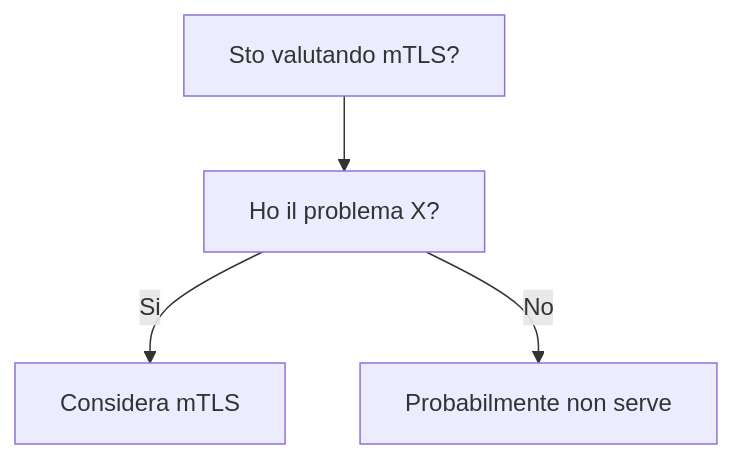
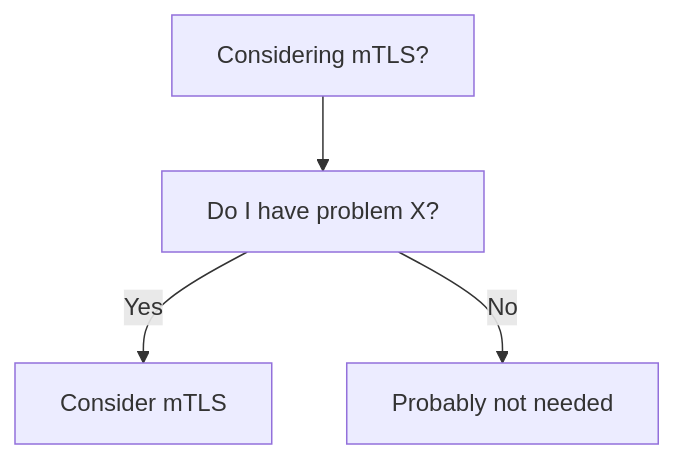
Before and after one commit to HxT9/Software-Dev-Wiki: the diagram in dev-wiki/07_Networking/mTLS/When_To_Use.md, drawn with Mermaid. The commit also changed other lines of this file and 3444 other files, not shown here.

````diff
--- a/dev-wiki/07_Networking/mTLS/When_To_Use.md
+++ b/dev-wiki/07_Networking/mTLS/When_To_Use.md
@@ -19,6 +19,6 @@
 ```mermaid
 flowchart TD
-  Q[Sto valutando mTLS?] --> Q1[Ho il problema X?]
-  Q1 -->|Si| OK[Considera mTLS]
-  Q1 -->|No| NO[Probabilmente non serve]
+  Q[Considering mTLS?] --> Q1[Do I have problem X?]
+  Q1 -->|Yes| OK[Consider mTLS]
+  Q1 -->|No| NO[Probably not needed]
 ```
````
